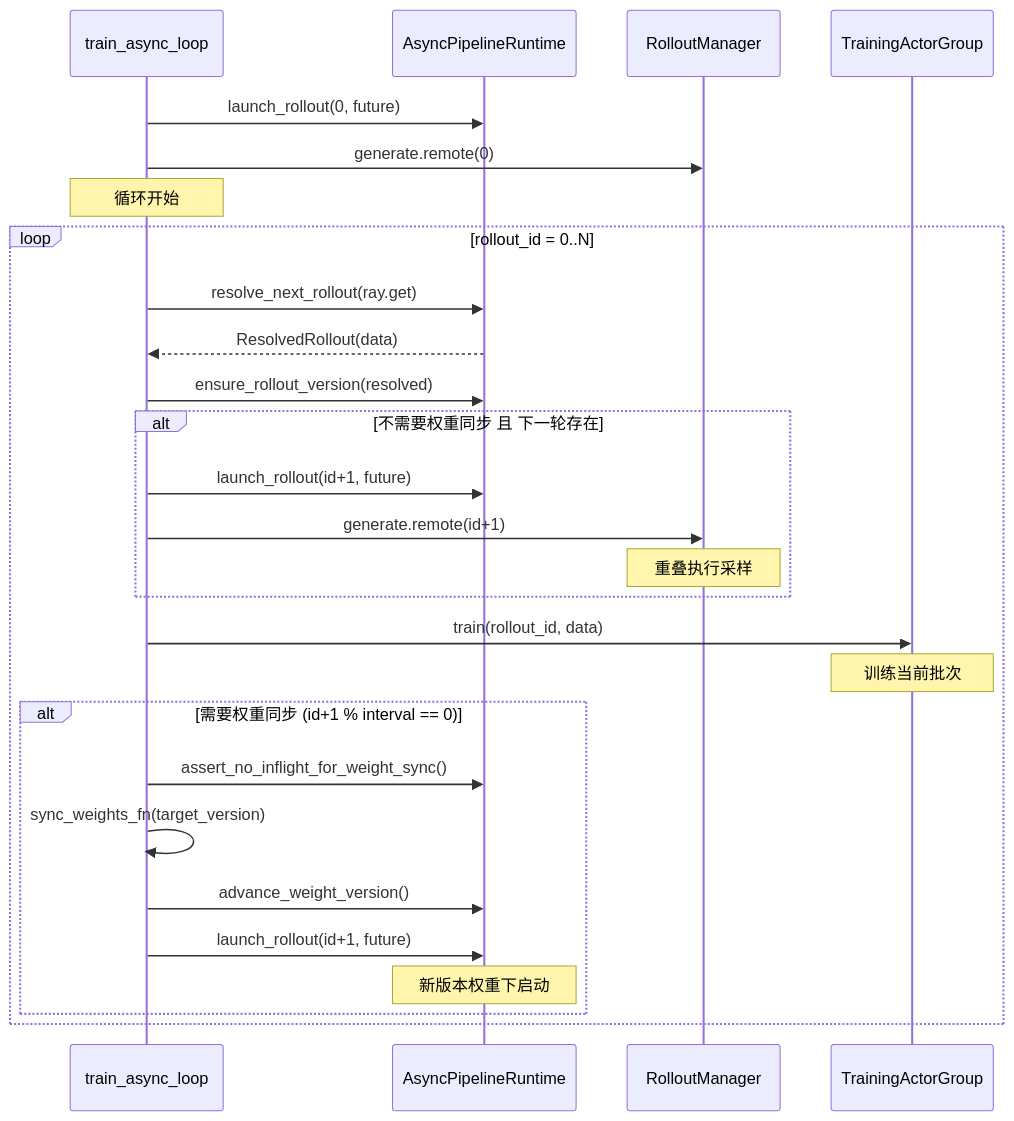
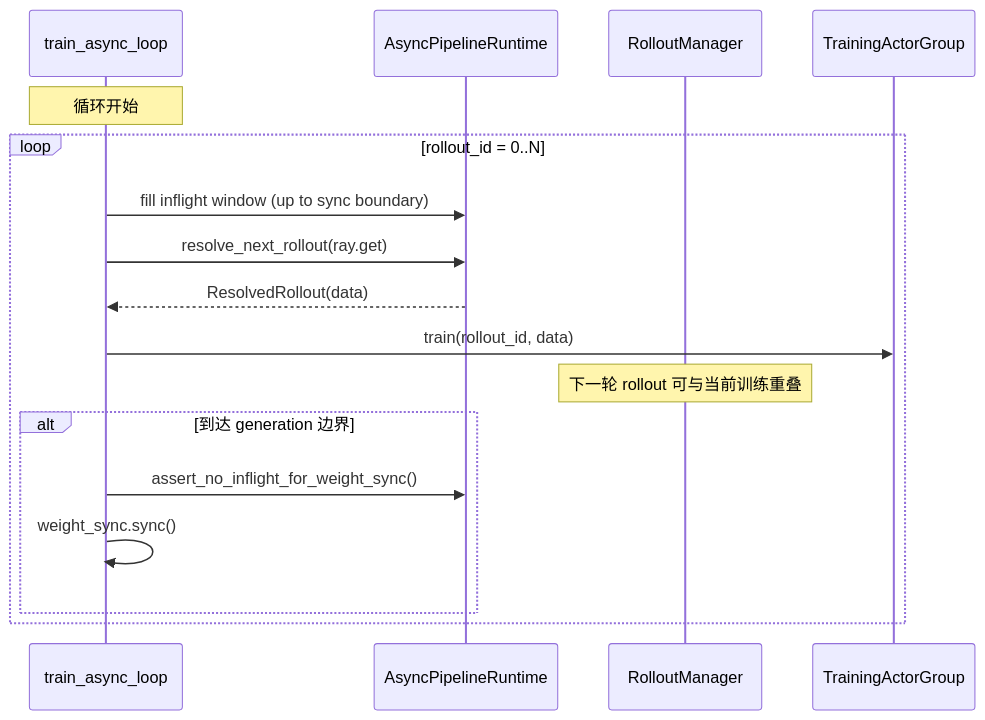
Before and after one commit to celve/unirl: diagram 17 of 27 in docs/Diffusion_RL_Design_Analysis.md, drawn with Mermaid. The commit also changed other lines of this file and 5 other files, not shown here.

Commit message:
docs: update architecture and workflow guides

````diff
--- a/docs/Diffusion_RL_Design_Analysis.md
+++ b/docs/Diffusion_RL_Design_Analysis.md
@@ -2113,34 +1906,22 @@
 ```mermaid
 sequenceDiagram
     participant TL as train_async_loop
     participant RT as AsyncPipelineRuntime
     participant RM as RolloutManager
     participant TG as TrainingActorGroup
 
-    TL->>RT: launch_rollout(0, future)
-    TL->>RM: generate.remote(0)
     Note over TL: 循环开始
 
     loop rollout_id = 0..N
+        TL->>RT: fill inflight window (up to sync boundary)
         TL->>RT: resolve_next_rollout(ray.get)
         RT-->>TL: ResolvedRollout(data)
-        TL->>RT: ensure_rollout_version(resolved)
+        TL->>TG: train(rollout_id, data)
+        Note over RM: 下一轮 rollout 可与当前训练重叠
 
-        alt 不需要权重同步 且 下一轮存在
-            TL->>RT: launch_rollout(id+1, future)
-            TL->>RM: generate.remote(id+1)
-            Note over RM: 重叠执行采样
-        end
-
-        TL->>TG: train(rollout_id, data)
-        Note over TG: 训练当前批次
-
-        alt 需要权重同步 (id+1 % interval == 0)
+        alt 到达 generation 边界
             TL->>RT: assert_no_inflight_for_weight_sync()
-            TL->>TL: sync_weights_fn(target_version)
-            TL->>RT: advance_weight_version()
-            TL->>RT: launch_rollout(id+1, future)
-            Note over RT: 新版本权重下启动
+            TL->>TL: weight_sync.sync()
         end
     end
 ```
````
